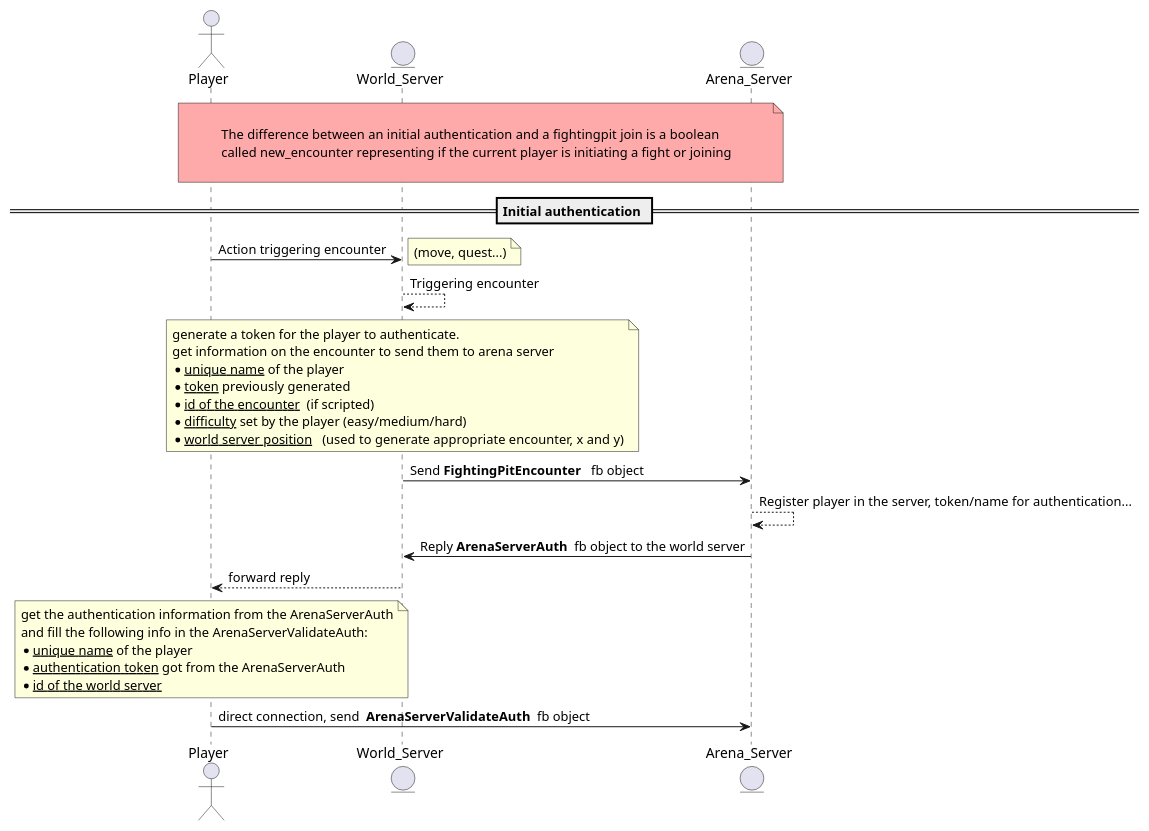
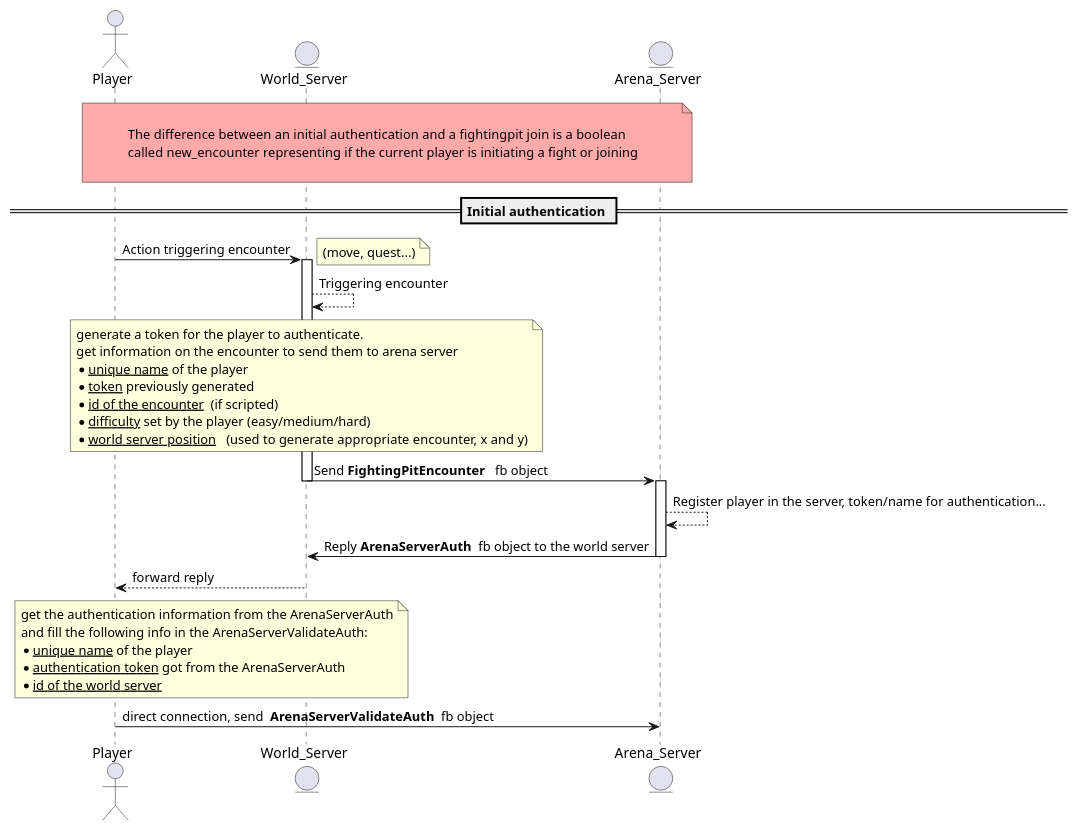
One commit to FreeYourSoul/FyS changed the diagram in docs/uml/Communication_Arena_Server.puml. Above: the diagram before and after it, drawn with PlantUML. The commit also changed 2 other files, not shown here.

Commit message:
[Arena] : change handlers

```diff
--- a/docs/uml/Communication_Arena_Server.puml
+++ b/docs/uml/Communication_Arena_Server.puml
@@ -1,45 +1,49 @@
 @startuml
 skinparam linetype ortho
 
 actor Player
 entity World_Server
 entity Arena_Server
 
 note over Player, Arena_Server #FAA
 
 The difference between an initial authentication and a fightingpit join is a  boolean
 called new_encounter representing if the current player is initiating a fight or joining
 
 end note
 
 == Initial authentication ==
 
 Player       ->  World_Server: Action triggering encounter
 note right: (move, quest...)
 
+activate World_Server
 World_Server --> World_Server: Triggering encounter
 note over World_Server
     generate a token for the player to authenticate.
     get information on the encounter to send them to arena server
     * __unique name__ of the player
     * __token__ previously generated
     * __id of the encounter__  (if scripted)
     * __difficulty__ set by the player (easy/medium/hard)
     * __world server position__   (used to generate appropriate encounter, x and y)
 end note
 World_Server ->  Arena_Server: Send **FightingPitEncounter**   fb object
 
+deactivate World_Server
+activate Arena_Server
 Arena_Server --> Arena_Server: Register player in the server, token/name for authentication...
 World_Server <- Arena_Server: Reply **ArenaServerAuth**  fb object to the world server
+deactivate Arena_Server
 Player <-- World_Server: forward reply
 
-note over Player
+note over Player, World_Server
     get the authentication information from the ArenaServerAuth
     and fill the following info in the ArenaServerValidateAuth:
     * __unique name__ of the player
     * __authentication token__ got from the ArenaServerAuth
     * __id of the world server__
 end note
 Player -> Arena_Server: direct connection, send  **ArenaServerValidateAuth**  fb object
 
 @enduml
```
